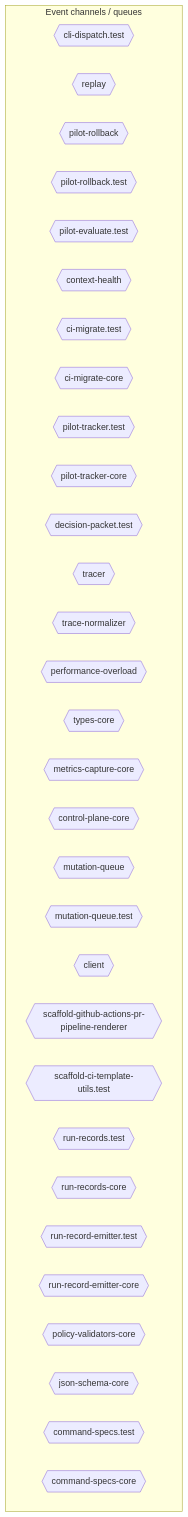
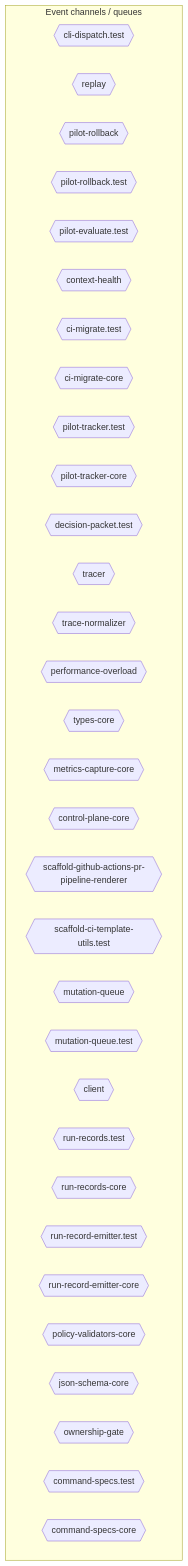
Before and after one commit to jscraik/coding-harness: the sixth of 10 diagrams in AI/context/diagram-context.md, drawn with Mermaid. The commit also changed other lines of this file and 24 other files, not shown here.

````diff
--- a/AI/context/diagram-context.md
+++ b/AI/context/diagram-context.md
@@ -2344,37 +2346,38 @@
 ```mermaid
 flowchart TD
   subgraph Channels["Event channels / queues"]
     cli_dispatch_test_54c9f17b{{"cli-dispatch.test"}}
     replay_ac203c98{{"replay"}}
     pilot_rollback_00c1f82c{{"pilot-rollback"}}
     pilot_rollback_test_e61d5a2b{{"pilot-rollback.test"}}
     pilot_evaluate_test_a2ac06fc{{"pilot-evaluate.test"}}
     context_health_80bb7da9{{"context-health"}}
     ci_migrate_test_2a015bb9{{"ci-migrate.test"}}
     ci_migrate_core_7005b5af{{"ci-migrate-core"}}
     pilot_tracker_test_80398a66{{"pilot-tracker.test"}}
     pilot_tracker_core_80d8ac96{{"pilot-tracker-core"}}
     decision_packet_test_9ea0e97b{{"decision-packet.test"}}
     tracer_1e6243a2{{"tracer"}}
     trace_normalizer_cb1be1d2{{"trace-normalizer"}}
     performance_overload_c685bfcf{{"performance-overload"}}
     types_core_e405ddca{{"types-core"}}
     metrics_capture_core_db4bf7cf{{"metrics-capture-core"}}
     control_plane_core_db3b4cb2{{"control-plane-core"}}
+    scaffold_github_actions_pr_pipeline_renderer_1ee18de5{{"scaffold-github-actions-pr-pipeline-renderer"}}
+    scaffold_ci_template_utils_test_b94825d9{{"scaffold-ci-template-utils.test"}}
     mutation_queue_ce5a530e{{"mutation-queue"}}
     mutation_queue_test_10b599e8{{"mutation-queue.test"}}
     client_1_914e1681{{"client"}}
-    scaffold_github_actions_pr_pipeline_renderer_1ee18de5{{"scaffold-github-actions-pr-pipeline-renderer"}}
-    scaffold_ci_template_utils_test_b94825d9{{"scaffold-ci-template-utils.test"}}
     run_records_test_3ee6a0e3{{"run-records.test"}}
     run_records_core_89286dfa{{"run-records-core"}}
     run_record_emitter_test_5475c0da{{"run-record-emitter.test"}}
     run_record_emitter_core_688049d5{{"run-record-emitter-core"}}
     policy_validators_core_714a3fe7{{"policy-validators-core"}}
     json_schema_core_96d7e328{{"json-schema-core"}}
+    ownership_gate_2e194d13{{"ownership-gate"}}
     command_specs_test_7f693e85{{"command-specs.test"}}
     command_specs_core_1c0ffc99{{"command-specs-core"}}
   end
   classDef eventNode fill:#db2777,color:#fff
 
 ```
````
